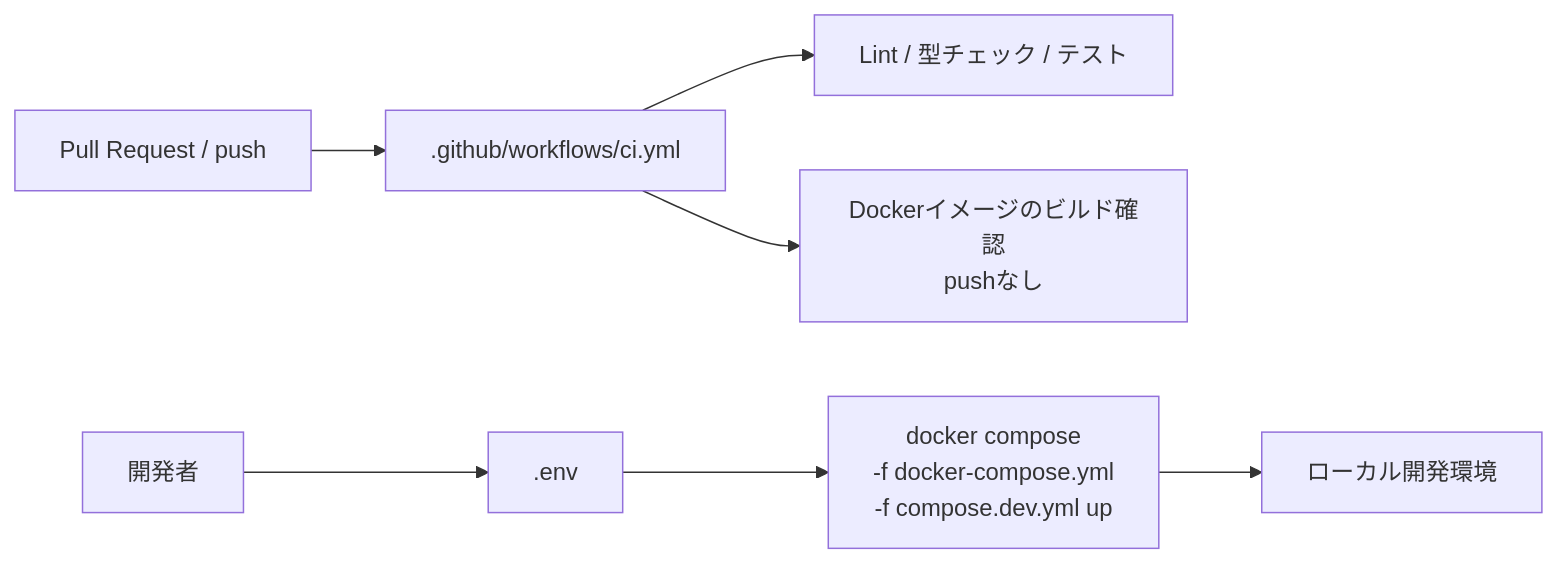
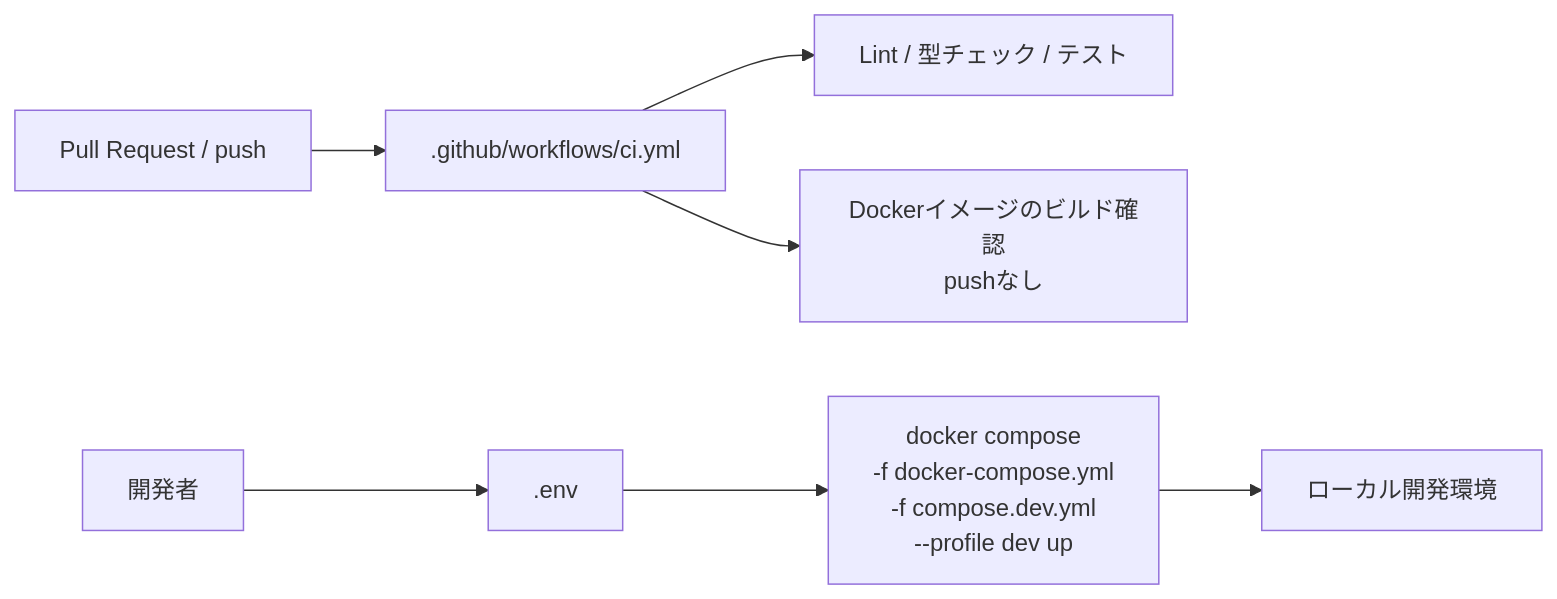
The diagram in docs/detailed_design/infra/06_cd_workflow.md (oikawa-d/task_management), drawn with Mermaid before and after one commit. The commit also changed other lines of this file and 5 other files, not shown here.

````diff
--- a/docs/detailed_design/infra/06_cd_workflow.md
+++ b/docs/detailed_design/infra/06_cd_workflow.md
@@ -19,9 +19,9 @@
 ```mermaid
 flowchart LR
     PR["Pull Request / push"] --> CI[".github/workflows/ci.yml"]
     CI --> CHECK["Lint / 型チェック / テスト"]
     CI --> BUILD["Dockerイメージのビルド確認<br/>pushなし"]
     DEV["開発者"] --> ENV[".env"]
-    ENV --> COMPOSE["docker compose<br/>-f docker-compose.yml<br/>-f compose.dev.yml up"]
+    ENV --> COMPOSE["docker compose<br/>-f docker-compose.yml<br/>-f compose.dev.yml<br/>--profile dev up"]
     COMPOSE --> APP["ローカル開発環境"]
 ```
````
